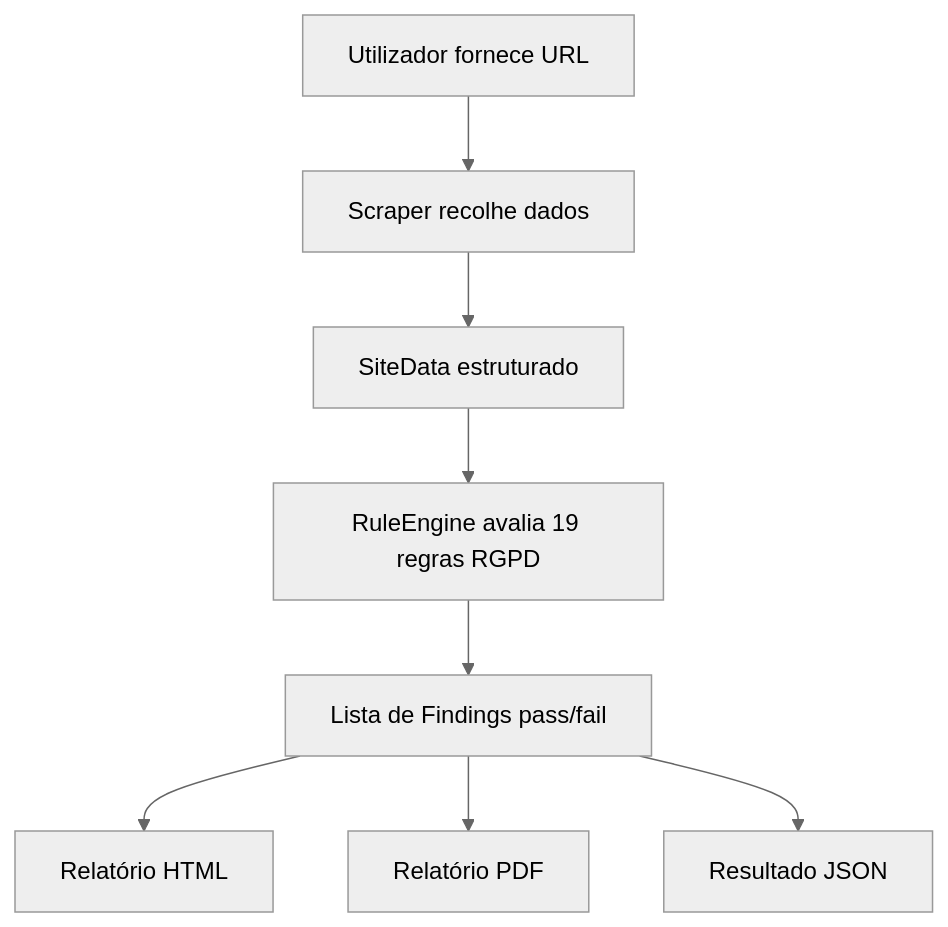
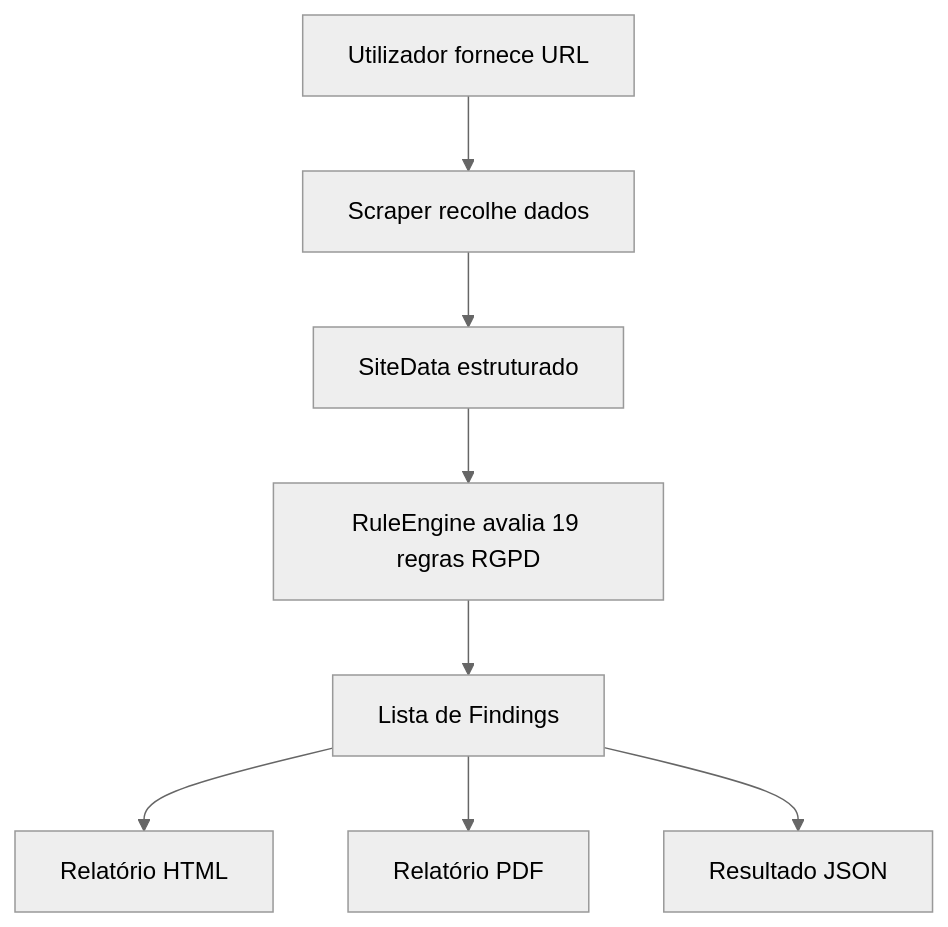
Before and after one commit to diogoandreduarte/vigilantia-test: the diagram in README.md, drawn with Mermaid (neutral theme). The commit also changed other lines of this file and 40 other files, not shown here.

````diff
--- a/README.md
+++ b/README.md
@@ -83,10 +112,10 @@
 ```mermaid
 flowchart TD
     A[Utilizador fornece URL] --> B[Scraper recolhe dados]
     B --> C[SiteData estruturado]
     C --> D[RuleEngine avalia 19 regras RGPD]
-    D --> E[Lista de Findings pass/fail]
+    D --> E[Lista de Findings]
     E --> F1[Relatório HTML]
     E --> F2[Relatório PDF]
     E --> F3[Resultado JSON]
 ```
````
